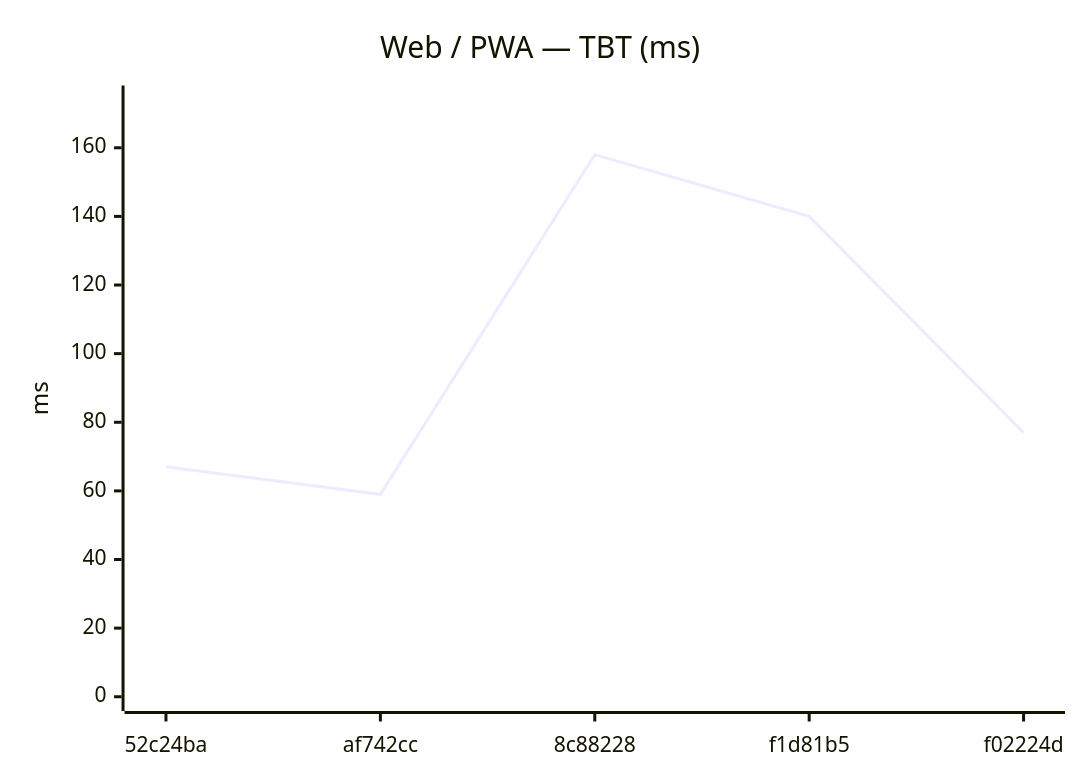
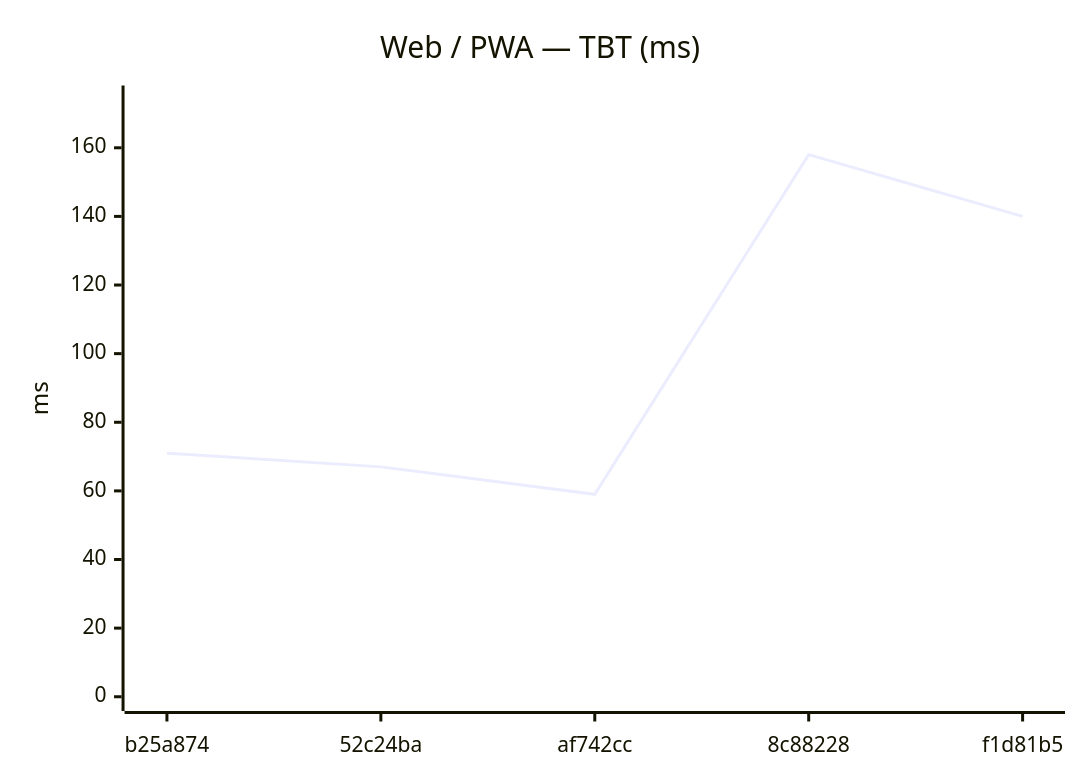
The eighth of 18 diagrams in benchmarks/compare.md (Metaheurist/Rianell), drawn with Mermaid before and after one commit. The commit also changed other lines of this file and 11 other files, not shown here.

````diff
--- a/benchmarks/compare.md
+++ b/benchmarks/compare.md
@@ -124,7 +124,7 @@
 ```mermaid
 xychart-beta
     title "Web / PWA — TBT (ms)"
-    x-axis ["52c24ba", "af742cc", "8c88228", "f1d81b5", "f02224d"]
+    x-axis ["b25a874", "52c24ba", "af742cc", "8c88228", "f1d81b5"]
     y-axis "ms" 0 --> 174
-    line [67, 59, 158, 140, 77]
+    line [71, 67, 59, 158, 140]
 ```
````
